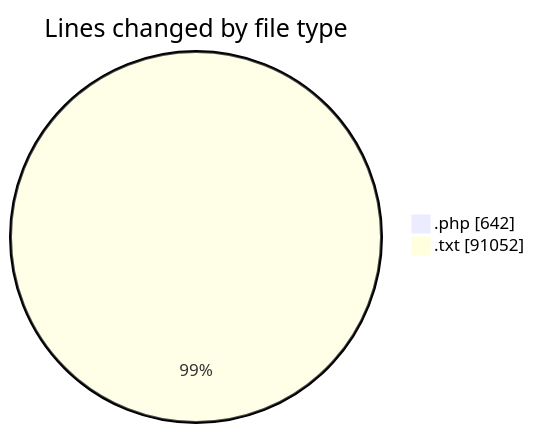
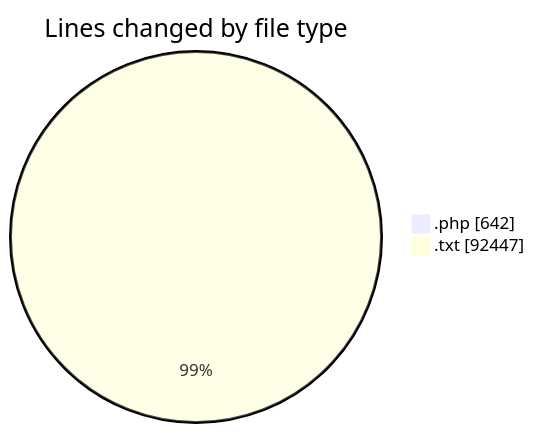
The first of 2 diagrams in 2026-02-09/enviarfacturas/README.md (LanceThiago/code-tracking), drawn with Mermaid before and after one commit. The commit also changed other lines of this file and 1 other file, not shown here.

````diff
--- a/2026-02-09/enviarfacturas/README.md
+++ b/2026-02-09/enviarfacturas/README.md
@@ -23,6 +24,6 @@
 ```mermaid
 pie showData
 title Lines changed by file type
 ".php" : 642
-".txt" : 91052
+".txt" : 92447
 ```
````
